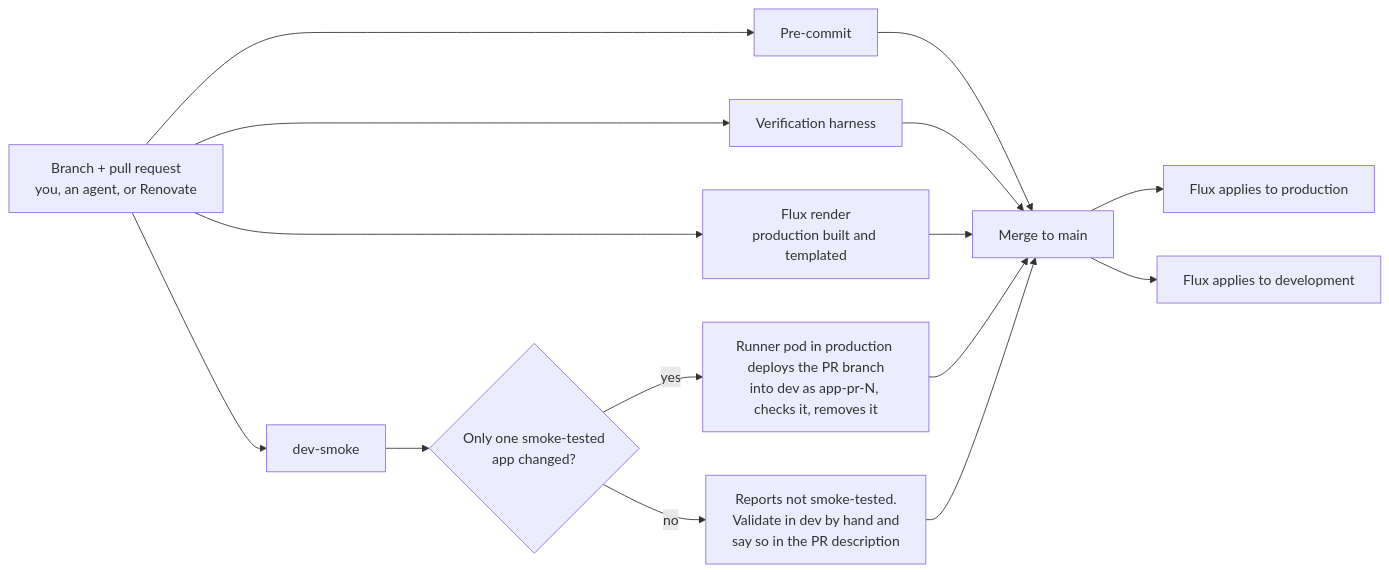
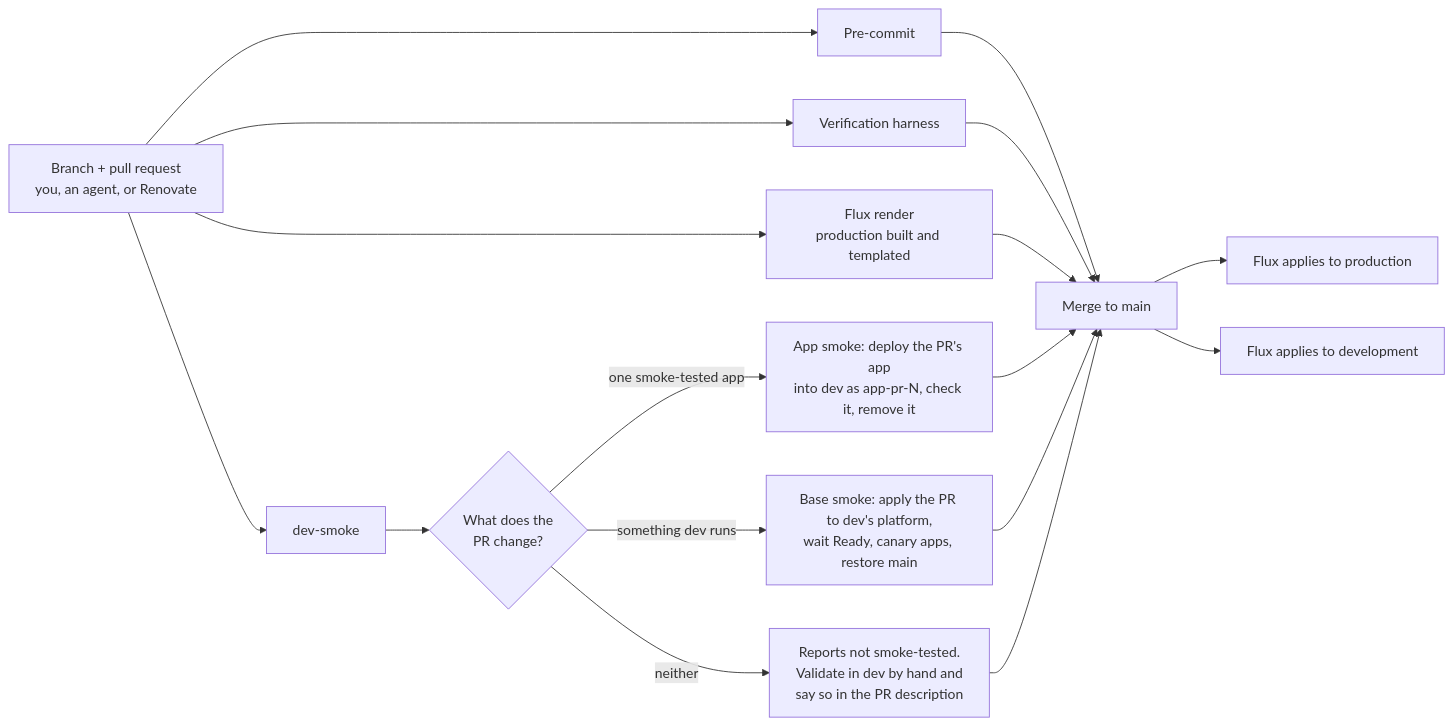
The second of 4 diagrams in docs/overview.md (petebeegle/homelab), drawn with Mermaid before and after one commit. The commit also changed other lines of this file and 10 other files, not shown here.

First line of the commit message:
feat(dev-smoke): base smoke applies infrastructure PRs to development and restores main

````diff
--- a/docs/overview.md
+++ b/docs/overview.md
@@ -70,17 +70,19 @@
 ```mermaid
 flowchart LR
   A["Branch + pull request<br/>you, an agent, or Renovate"] --> B["Pre-commit"]
   A --> C["Verification harness"]
   A --> R["Flux render<br/>production built and templated"]
   A --> D["dev-smoke"]
-  D --> E{"Only one smoke-tested<br/>app changed?"}
-  E -->|yes| F["Runner pod in production deploys the PR branch<br/>into dev as app-pr-N, checks it, removes it"]
-  E -->|no| G["Reports not smoke-tested.<br/>Validate in dev by hand and<br/>say so in the PR description"]
+  D --> E{"What does the<br/>PR change?"}
+  E -->|"one smoke-tested app"| F["App smoke: deploy the PR's app<br/>into dev as app-pr-N, check it, remove it"]
+  E -->|"something dev runs"| H["Base smoke: apply the PR to dev's platform,<br/>wait Ready, canary apps, restore main"]
+  E -->|"neither"| G["Reports not smoke-tested.<br/>Validate in dev by hand and<br/>say so in the PR description"]
   B --> M["Merge to main"]
   C --> M
   R --> M
   F --> M
+  H --> M
   G --> M
   M --> P["Flux applies to production"]
   M --> Q["Flux applies to development"]
 ```
````
